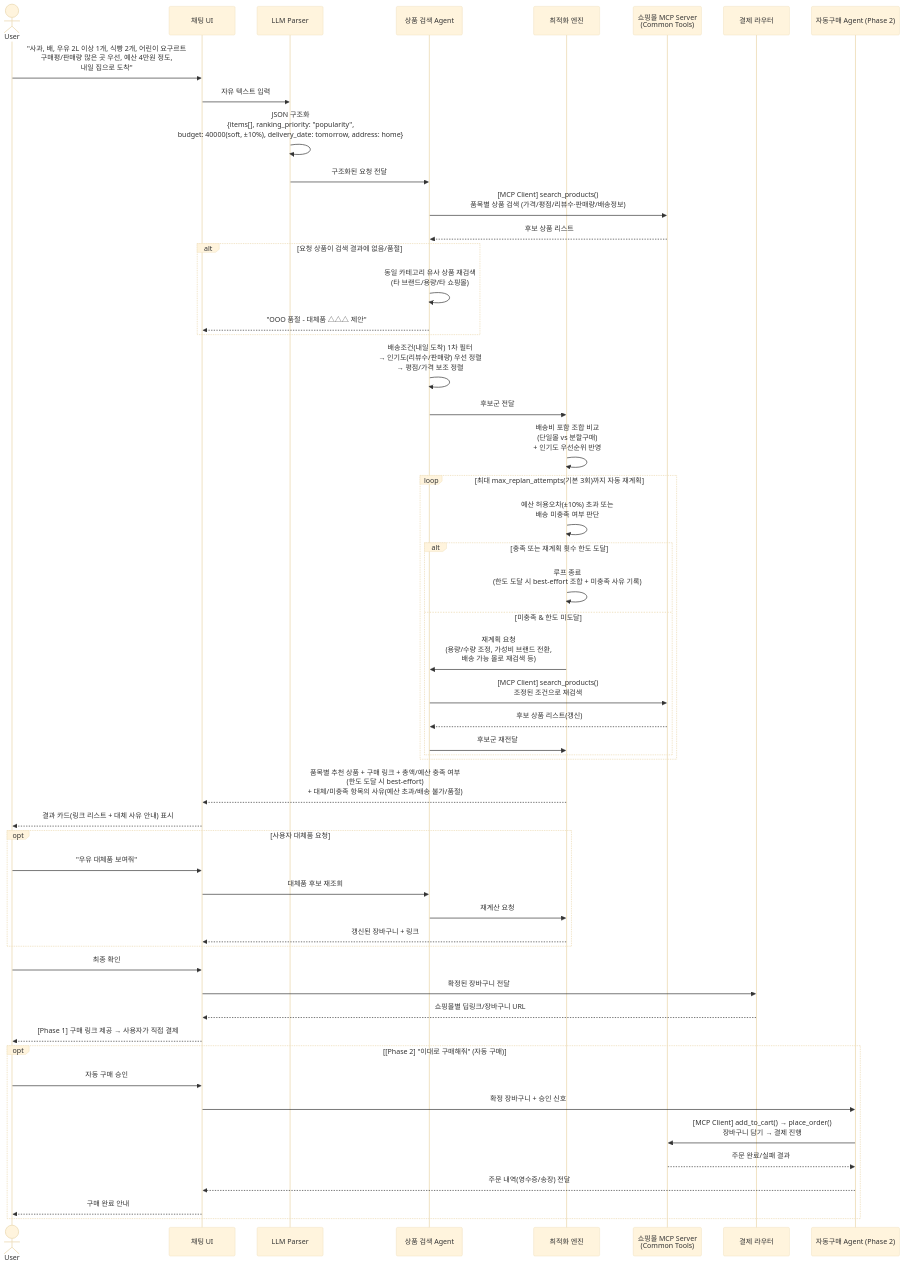
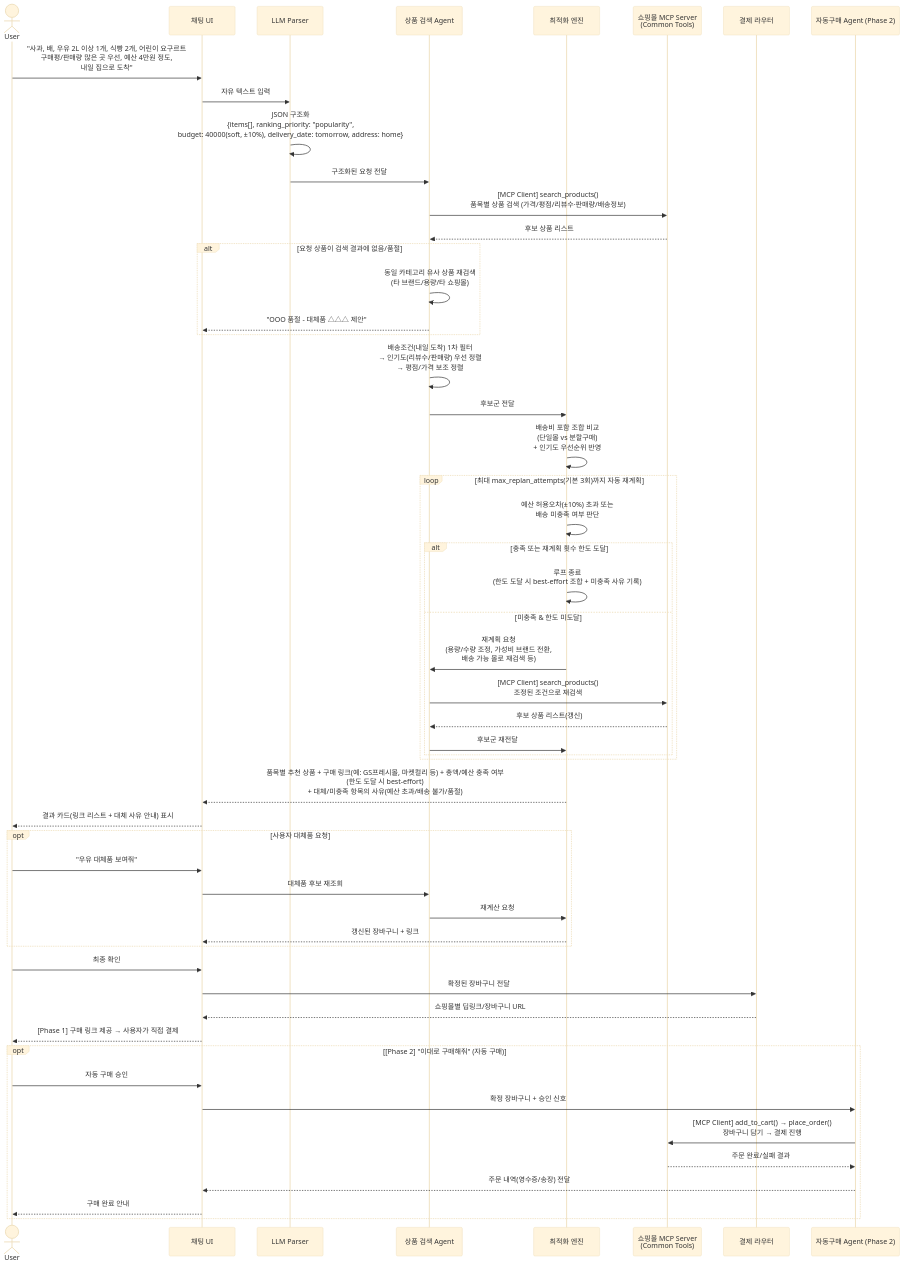
The fourth of 4 diagrams in README.md (ace19-dev/SmartCart_Agent), drawn with Mermaid (base theme) before and after one commit. The commit also changed 5 other files, not shown here.

Commit message:
Add GS Fresh Mall as example mall in sequence diagram result

````diff
--- a/README.md
+++ b/README.md
@@ -211,63 +211,63 @@
 ```mermaid
 sequenceDiagram
     actor User
     participant UI as 채팅 UI
     participant Parser as LLM Parser
     participant Search as 상품 검색 Agent
     participant Optimizer as 최적화 엔진
     participant Mall as 쇼핑몰 MCP Server<br/>(Common Tools)
     participant Router as 결제 라우터
     participant Purchase as 자동구매 Agent (Phase 2)
 
     User->>UI: "사과, 배, 우유 2L 이상 1개, 식빵 2개, 어린이 요구르트<br/>구매평/판매량 많은 곳 우선, 예산 4만원 정도,<br/>내일 집으로 도착"
     UI->>Parser: 자유 텍스트 입력
     Parser->>Parser: JSON 구조화<br/>{items[], ranking_priority: "popularity",<br/>budget: 40000(soft, ±10%), delivery_date: tomorrow, address: home}
     Parser->>Search: 구조화된 요청 전달
     Search->>Mall: [MCP Client] search_products()<br/>품목별 상품 검색 (가격/평점/리뷰수·판매량/배송정보)
     Mall-->>Search: 후보 상품 리스트
 
     alt 요청 상품이 검색 결과에 없음/품절
         Search->>Search: 동일 카테고리 유사 상품 재검색<br/>(타 브랜드/용량/타 쇼핑몰)
         Search-->>UI: "OOO 품절 - 대체품 △△△ 제안"
     end
 
     Search->>Search: 배송조건(내일 도착) 1차 필터<br/>→ 인기도(리뷰수/판매량) 우선 정렬<br/>→ 평점/가격 보조 정렬
     Search->>Optimizer: 후보군 전달
     Optimizer->>Optimizer: 배송비 포함 조합 비교<br/>(단일몰 vs 분할구매)<br/>+ 인기도 우선순위 반영
 
     loop 최대 max_replan_attempts(기본 3회)까지 자동 재계획
         Optimizer->>Optimizer: 예산 허용오차(±10%) 초과 또는<br/>배송 미충족 여부 판단
         alt 충족 또는 재계획 횟수 한도 도달
             Optimizer->>Optimizer: 루프 종료<br/>(한도 도달 시 best-effort 조합 + 미충족 사유 기록)
         else 미충족 & 한도 미도달
             Optimizer->>Search: 재계획 요청<br/>(용량/수량 조정, 가성비 브랜드 전환,<br/>배송 가능 몰로 재검색 등)
             Search->>Mall: [MCP Client] search_products()<br/>조정된 조건으로 재검색
             Mall-->>Search: 후보 상품 리스트(갱신)
             Search->>Optimizer: 후보군 재전달
         end
     end
 
-    Optimizer-->>UI: 품목별 추천 상품 + 구매 링크 + 총액/예산 충족 여부<br/>(한도 도달 시 best-effort)<br/>+ 대체/미충족 항목의 사유(예산 초과/배송 불가/품절)
+    Optimizer-->>UI: 품목별 추천 상품 + 구매 링크(예: GS프레시몰, 마켓컬리 등) + 총액/예산 충족 여부<br/>(한도 도달 시 best-effort)<br/>+ 대체/미충족 항목의 사유(예산 초과/배송 불가/품절)
     UI-->>User: 결과 카드(링크 리스트 + 대체 사유 안내) 표시
 
     opt 사용자 대체품 요청
         User->>UI: "우유 대체품 보여줘"
         UI->>Search: 대체품 후보 재조회
         Search->>Optimizer: 재계산 요청
         Optimizer-->>UI: 갱신된 장바구니 + 링크
     end
 
     User->>UI: 최종 확인
     UI->>Router: 확정된 장바구니 전달
     Router-->>UI: 쇼핑몰별 딥링크/장바구니 URL
     UI-->>User: [Phase 1] 구매 링크 제공 → 사용자가 직접 결제
 
     opt [Phase 2] "이대로 구매해줘" (자동 구매)
         User->>UI: 자동 구매 승인
         UI->>Purchase: 확정 장바구니 + 승인 신호
         Purchase->>Mall: [MCP Client] add_to_cart() → place_order()<br/>장바구니 담기 → 결제 진행
         Mall-->>Purchase: 주문 완료/실패 결과
         Purchase-->>UI: 주문 내역(영수증/송장) 전달
         UI-->>User: 구매 완료 안내
     end
 ```
````
